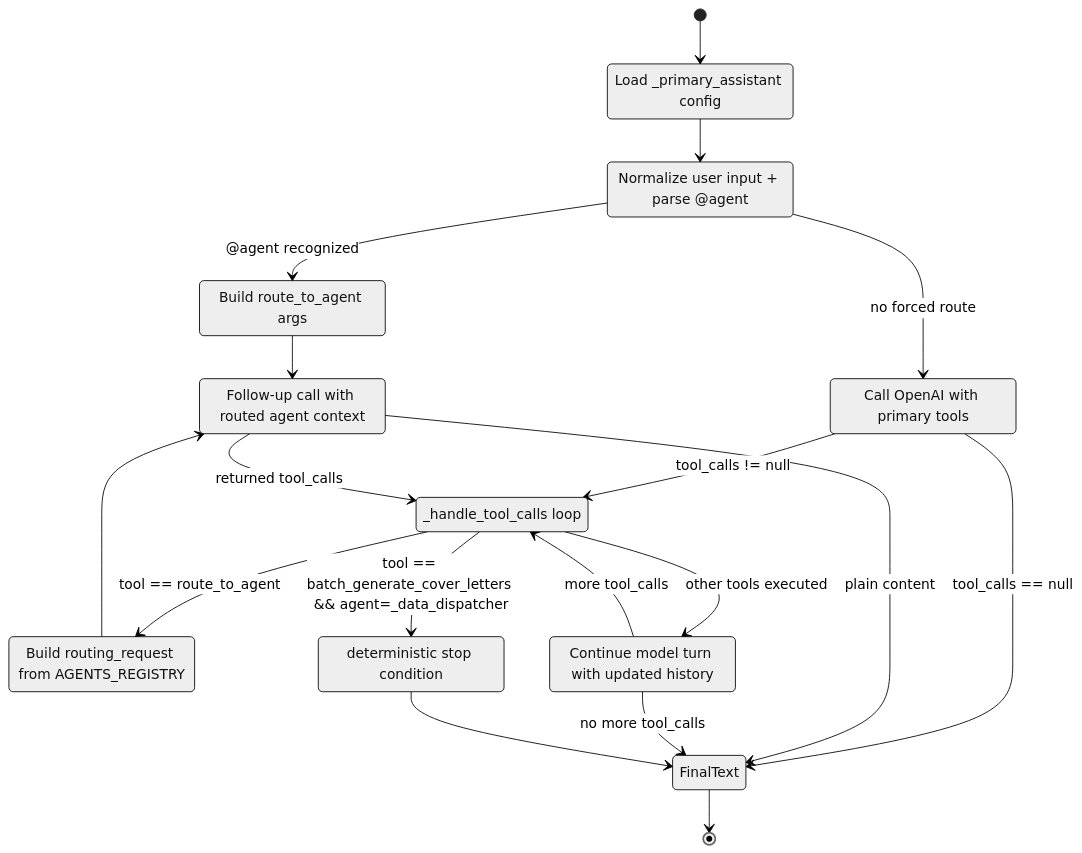
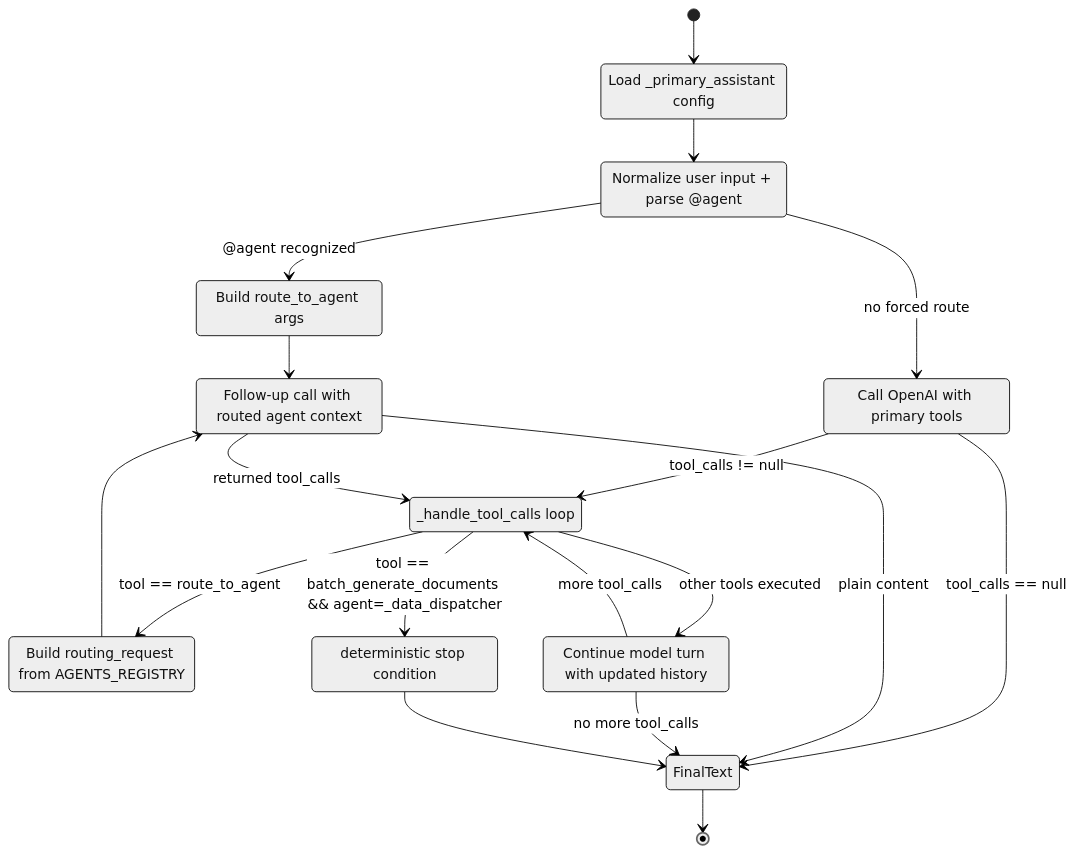
The second of 2 diagrams in ALDE/AGENT_SEQUENCE_STATE_DIAGRAM.md (aibentu/ALDE), drawn with Mermaid (neutral theme) before and after one commit. The commit also changed other lines of this file and 60 other files, not shown here.

````diff
--- a/ALDE/AGENT_SEQUENCE_STATE_DIAGRAM.md
+++ b/ALDE/AGENT_SEQUENCE_STATE_DIAGRAM.md
@@ -69,38 +70,38 @@
 ```mermaid
 stateDiagram-v2
     [*] --> Init
     Init: Load _primary_assistant config
     Init --> AnalyzeInput
 
     AnalyzeInput: Normalize user input + parse @agent
     AnalyzeInput --> ForcedRoute : @agent recognized
     AnalyzeInput --> PrimaryLLM : no forced route
 
     ForcedRoute: Build route_to_agent args
     ForcedRoute --> RoutedLLM
 
     PrimaryLLM: Call OpenAI with primary tools
     PrimaryLLM --> HasToolCalls : tool_calls != null
     PrimaryLLM --> FinalText : tool_calls == null
 
     RoutedLLM: Follow-up call with routed agent context
     RoutedLLM --> HasToolCalls : returned tool_calls
     RoutedLLM --> FinalText : plain content
 
     HasToolCalls: _handle_tool_calls loop
     HasToolCalls --> RouteToSpecialist : tool == route_to_agent
-    HasToolCalls --> DispatcherTerminal : tool == batch_generate_cover_letters && agent=_data_dispatcher
+    HasToolCalls --> DispatcherTerminal : tool == batch_generate_documents && agent=_data_dispatcher
     HasToolCalls --> FollowupLLM : other tools executed
 
     RouteToSpecialist: Build routing_request from AGENTS_REGISTRY
     RouteToSpecialist --> RoutedLLM
 
     FollowupLLM: Continue model turn with updated history
     FollowupLLM --> HasToolCalls : more tool_calls
     FollowupLLM --> FinalText : no more tool_calls
 
     DispatcherTerminal: deterministic stop condition
     DispatcherTerminal --> FinalText
 
     FinalText --> [*]
 ```
````
